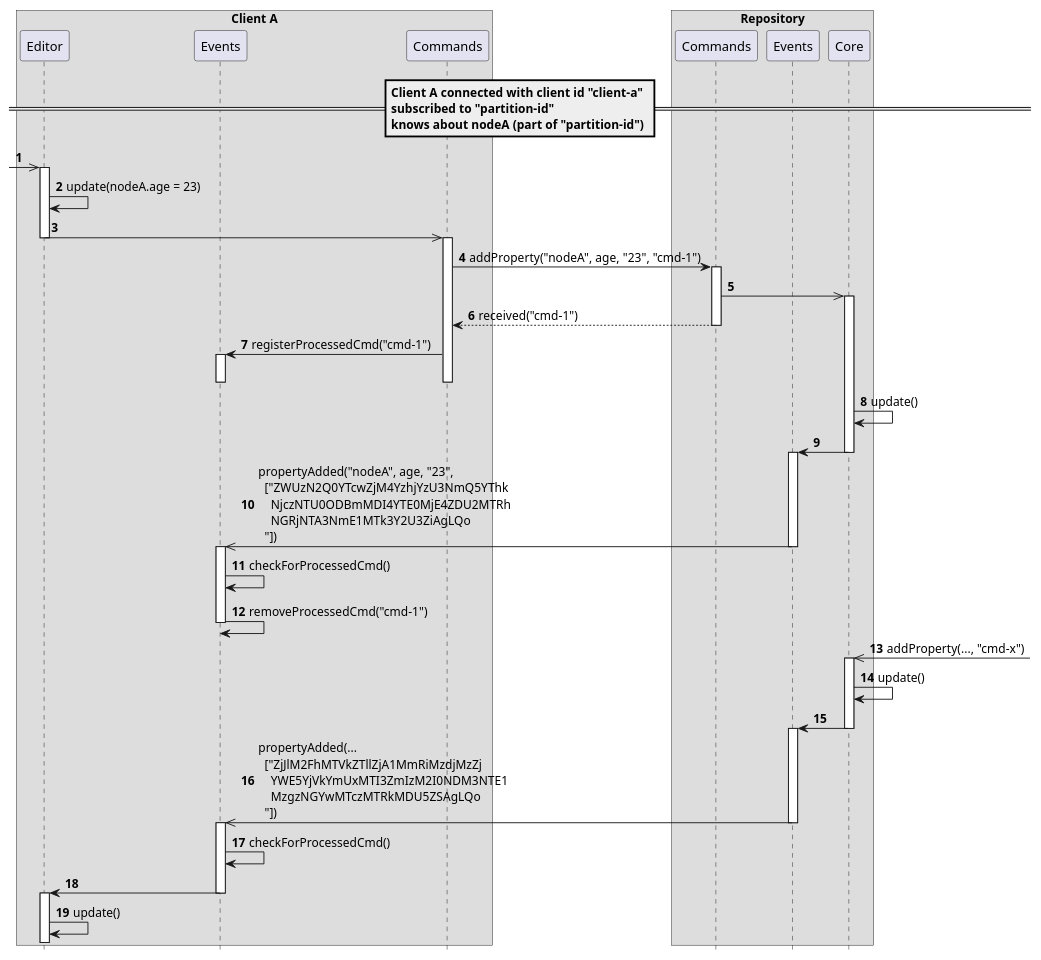
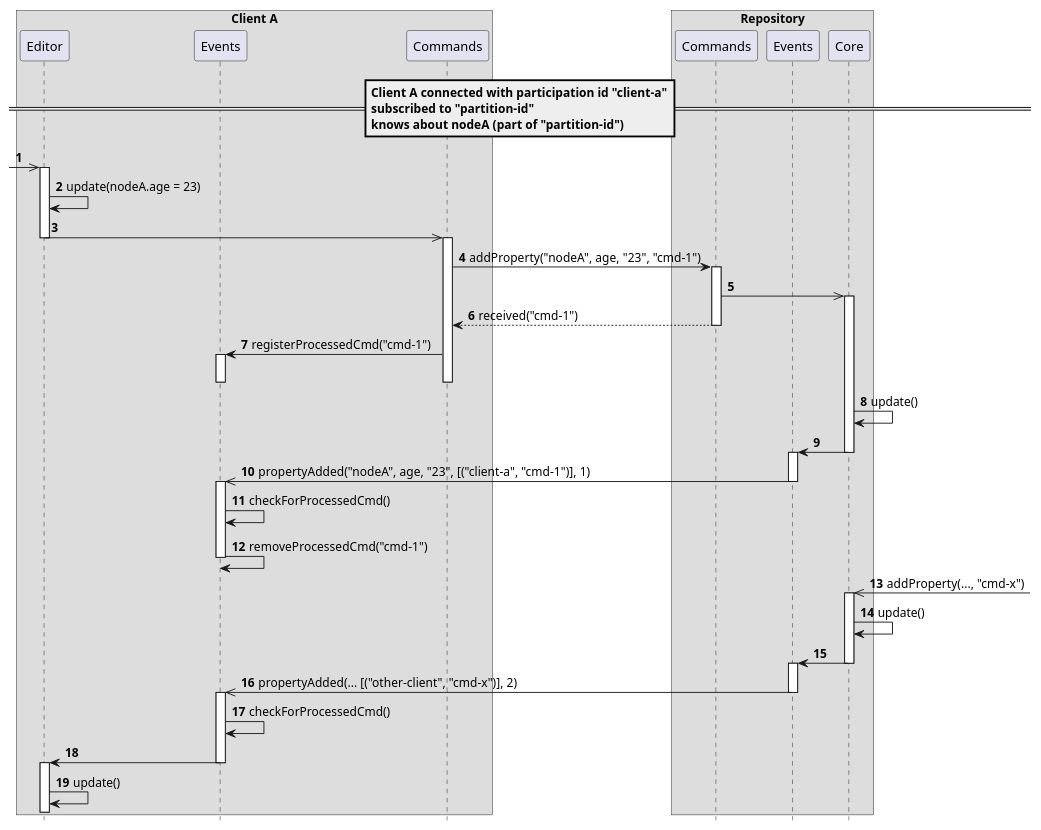
Before and after one commit to LionWeb-io/specification: the diagram in delta/scenarios/changeKnownNodeLocalUpdate.adoc, drawn with PlantUML. The commit also changed other lines of this file and 20 other files, not shown here.

```diff
--- a/delta/scenarios/changeKnownNodeLocalUpdate.adoc
+++ b/delta/scenarios/changeKnownNodeLocalUpdate.adoc
@@ -2,69 +2,69 @@
 [plantuml,changeKnownNodeLocalUpdate,svg]
 ----
 hide footbox
 autonumber
 
 box "Client A"
   participant Editor as editor
   participant Events as clientEvent
   participant Commands as clientCmd
 end box
 
 box "Repository"
   participant Commands as repoCmd
   participant Events as repoEvent
   participant Core as core
 end box
 
-== Client A connected with client id "client-a"\nsubscribed to "partition-id"\nknows about nodeA (part of "partition-id") ==
+== Client A connected with participation id "client-a"\nsubscribed to "partition-id"\nknows about nodeA (part of "partition-id") ==
 
 [->> editor ++
 editor -> editor: update(nodeA.age = 23)
 editor ->> clientCmd
 deactivate editor
 activate clientCmd
 clientCmd -> repoCmd ++: addProperty("nodeA", age, "23", "cmd-1")
 
 repoCmd ->> core
 activate core
 clientCmd <-- repoCmd: received("cmd-1")
 deactivate repoCmd
 
 clientCmd -> clientEvent: registerProcessedCmd("cmd-1")
 activate clientEvent
 deactivate clientCmd
 deactivate clientEvent
 
 core -> core: update()
 
 core -> repoEvent
 deactivate core
 
 activate repoEvent
-clientEvent <<- repoEvent: propertyAdded("nodeA", age, "23",\n  ["ZWUzN2Q0YTcwZjM4YzhjYzU3NmQ5YThk\n    NjczNTU0ODBmMDI4YTE0MjE4ZDU2MTRh\n    NGRjNTA3NmE1MTk3Y2U3ZiAgLQo\n  "])
+clientEvent <<- repoEvent: propertyAdded("nodeA", age, "23", [("client-a", "cmd-1")], 1)
 deactivate repoEvent
 
 activate clientEvent
 clientEvent -> clientEvent: checkForProcessedCmd()
 clientEvent -> clientEvent: removeProcessedCmd("cmd-1")
 deactivate clientEvent
 
 core <<-]: addProperty(..., "cmd-x")
 activate core
 core -> core: update()
 
 core -> repoEvent
 deactivate core
 
 activate repoEvent
-clientEvent <<- repoEvent: propertyAdded(...\n  ["ZjJlM2FhMTVkZTllZjA1MmRiMzdjMzZj\n    YWE5YjVkYmUxMTI3ZmIzM2I0NDM3NTE1\n    MzgzNGYwMTczMTRkMDU5ZSAgLQo\n  "])
+clientEvent <<- repoEvent: propertyAdded(... [("other-client", "cmd-x")], 2)
 deactivate repoEvent
 
 activate clientEvent
 clientEvent -> clientEvent: checkForProcessedCmd()
 clientEvent -> editor
 deactivate clientEvent
 
 activate editor
 editor -> editor: update()
 ----
```
